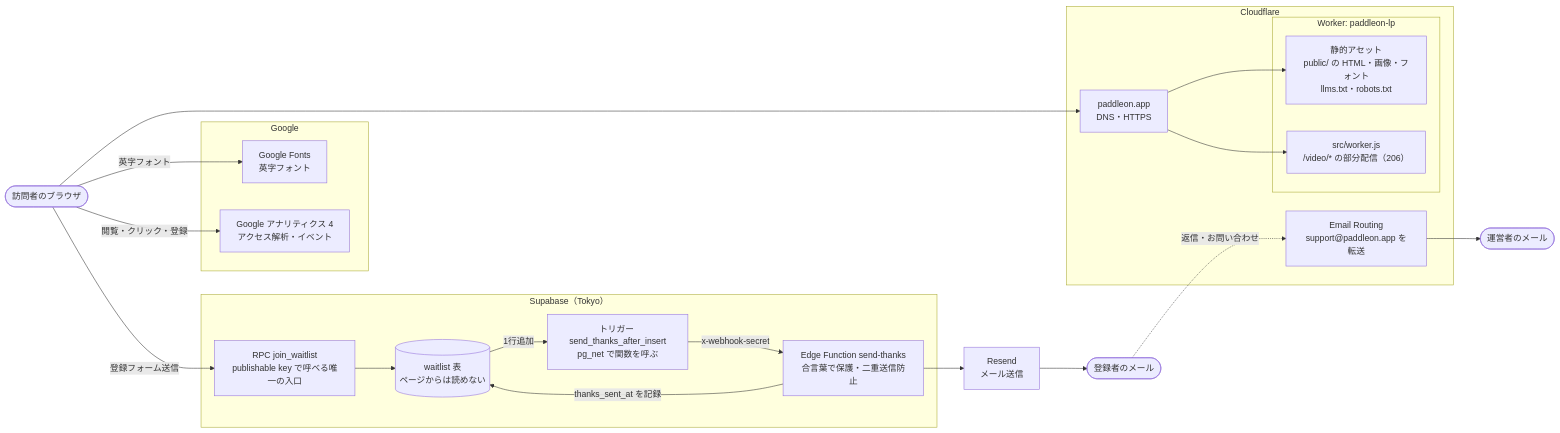
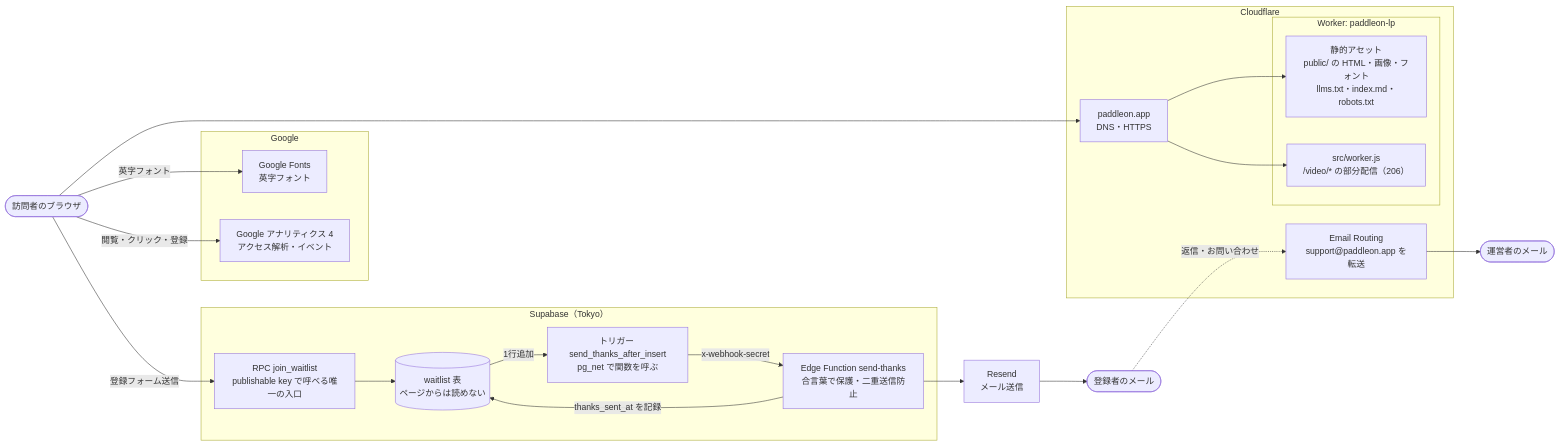
Before and after one commit to paddleon/paddleon-lp: the first of 4 diagrams in docs/architecture.md, drawn with Mermaid. The commit also changed 10 other files, not shown here.

````diff
--- a/docs/architecture.md
+++ b/docs/architecture.md
@@ -7,41 +7,41 @@
 ```mermaid
 flowchart LR
   user(["訪問者のブラウザ"])
 
   subgraph CF["Cloudflare"]
     dns["paddleon.app<br/>DNS・HTTPS"]
     subgraph W["Worker: paddleon-lp"]
-      assets["静的アセット<br/>public/ の HTML・画像・フォント<br/>llms.txt・robots.txt"]
+      assets["静的アセット<br/>public/ の HTML・画像・フォント<br/>llms.txt・index.md・robots.txt"]
       worker["src/worker.js<br/>/video/* の部分配信（206）"]
     end
     mailfwd["Email Routing<br/>support@paddleon.app を転送"]
   end
 
   subgraph G["Google"]
     gfonts["Google Fonts<br/>英字フォント"]
     ga4["Google アナリティクス 4<br/>アクセス解析・イベント"]
   end
 
   subgraph SB["Supabase（Tokyo）"]
     rpc["RPC join_waitlist<br/>publishable key で呼べる唯一の入口"]
     table[("waitlist 表<br/>ページからは読めない")]
     trigger["トリガー send_thanks_after_insert<br/>pg_net で関数を呼ぶ"]
     fn["Edge Function send-thanks<br/>合言葉で保護・二重送信防止"]
   end
 
   resend["Resend<br/>メール送信"]
   inbox(["登録者のメール"])
   owner(["運営者のメール"])
 
   user --> dns --> assets
   dns --> worker
   user -->|"英字フォント"| gfonts
   user -->|"閲覧・クリック・登録"| ga4
   user -->|"登録フォーム送信"| rpc
   rpc --> table
   table -->|"1行追加"| trigger
   trigger -->|"x-webhook-secret"| fn
   fn -->|"thanks_sent_at を記録"| table
   fn --> resend --> inbox
   inbox -.->|"返信・お問い合わせ"| mailfwd --> owner
 ```
````
